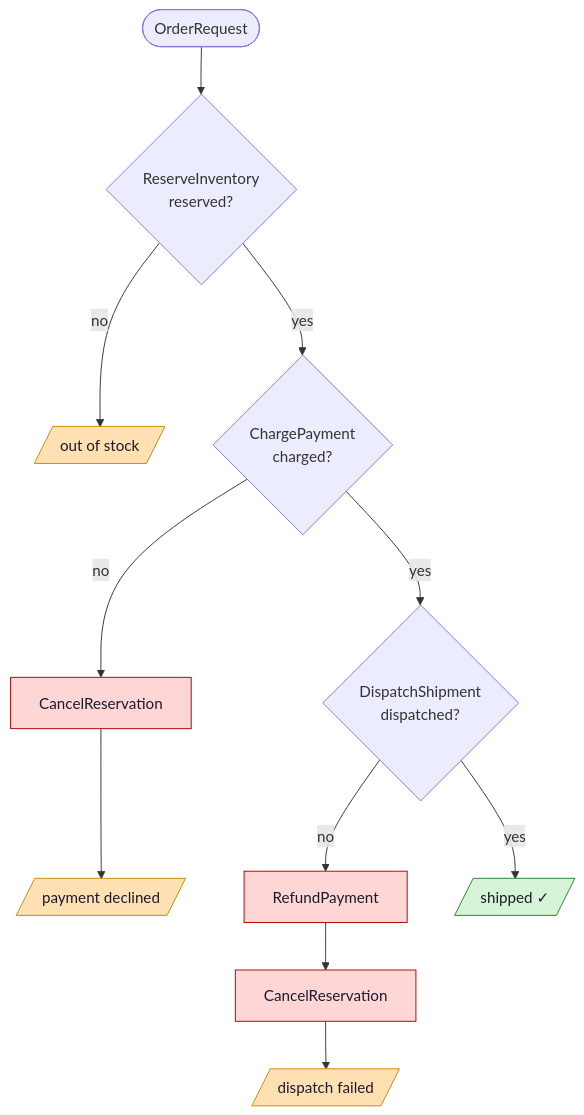
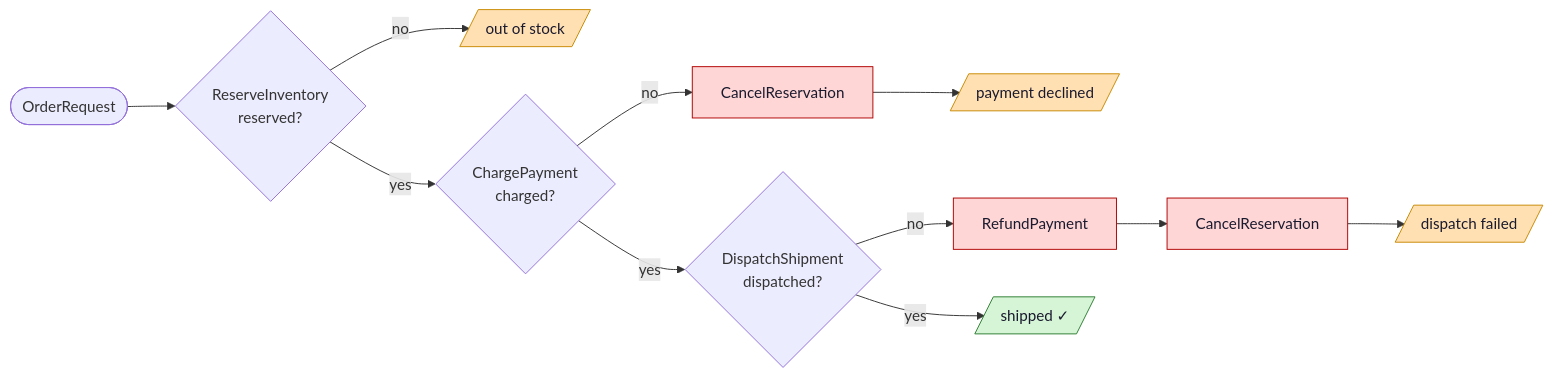
Before and after one commit to sideeffffect/dapr4s-examples: the fifth of 12 diagrams in SLIDES.md, drawn with Mermaid. The commit also changed other lines of this file and 2 other files, not shown here.

````diff
--- a/SLIDES.md
+++ b/SLIDES.md
@@ -765,14 +787,14 @@
 ```mermaid
-flowchart TD
+flowchart LR
   Start([OrderRequest]) --> R{ReserveInventory<br/>reserved?}
   R -- no --> F1[/"out of stock"/]
   R -- yes --> P{ChargePayment<br/>charged?}
   P -- no --> CR1[CancelReservation] --> F2[/"payment declined"/]
   P -- yes --> D{DispatchShipment<br/>dispatched?}
   D -- no --> RF[RefundPayment] --> CR2[CancelReservation] --> F3[/"dispatch failed"/]
   D -- yes --> OK[/"shipped ✓"/]
   classDef ok fill:#d6f5d6,stroke:#2e7d32,color:#1a1a2e;
   classDef bad fill:#ffe0b3,stroke:#c98a00,color:#1a1a2e;
   classDef comp fill:#ffd6d6,stroke:#b00000,color:#1a1a2e;
   class OK ok; class F1,F2,F3 bad; class CR1,CR2,RF comp;
 ```
````
